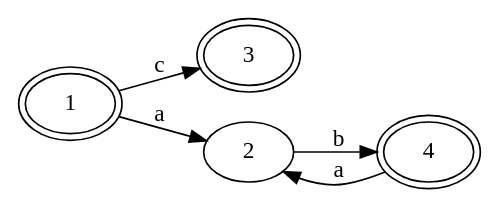
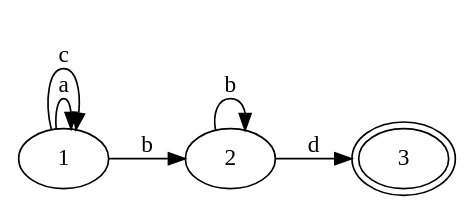
Before and after one commit to JuanZoran/Principle-of-compilation-from-scratch: the third of 3 diagrams in lua_demo/README.md, drawn with Graphviz. The commit also changed other lines of this file and 4 other files, not shown here.

````diff
--- a/lua_demo/README.md
+++ b/lua_demo/README.md
@@ -230,12 +61,11 @@
 ```dot
 digraph {
 rankdir = LR
-1 [peripheries=2]
 3 [peripheries=2]
-4 [peripheries=2]
-1 -> 2 [label="a"]
-1 -> 3 [label="c"]
-2 -> 4 [label="b"]
-4 -> 2 [label="a"]
+1 -> 2 [label="b"]
+1 -> 1 [label="a"]
+1 -> 1 [label="c"]
+2 -> 2 [label="b"]
+2 -> 3 [label="d"]
 }
 ```
````
